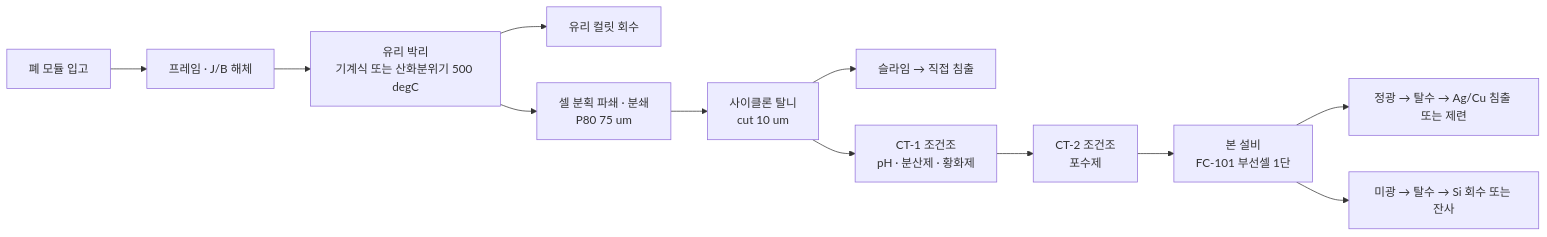
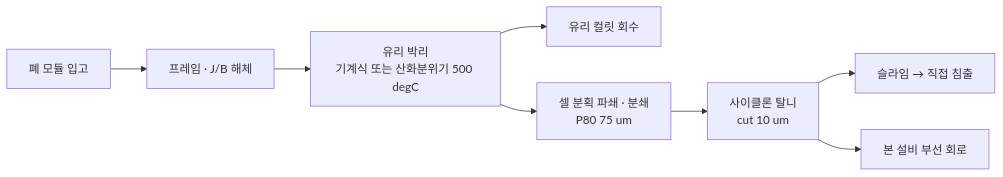
One commit to jmk4893-sys/Dynamic-industry changed the second of 2 diagrams in docs/flotation-separator-design.md. Above: the diagram before and after it, drawn with Mermaid. The commit also changed other lines of this file and 14 other files, not shown here.

````diff
--- a/docs/flotation-separator-design.md
+++ b/docs/flotation-separator-design.md
@@ -59,14 +116,10 @@
 ```mermaid
 flowchart LR
     A[폐 모듈 입고] --> B[프레임 · J/B 해체]
     B --> C[유리 박리<br/>기계식 또는 산화분위기 500 degC]
     C --> D[유리 컬릿 회수]
     C --> E[셀 분획 파쇄 · 분쇄<br/>P80 75 um]
     E --> F[사이클론 탈니<br/>cut 10 um]
     F --> G[슬라임 → 직접 침출]
-    F --> H[CT-1 조건조<br/>pH · 분산제 · 황화제]
-    H --> I[CT-2 조건조<br/>포수제]
-    I --> J[본 설비<br/>FC-101 부선셀 1단]
-    J --> K[정광 → 탈수 → Ag/Cu 침출 또는 제련]
-    J --> L[미광 → 탈수 → Si 회수 또는 잔사]
+    F --> H[본 설비 부선 회로]
 ```
````
